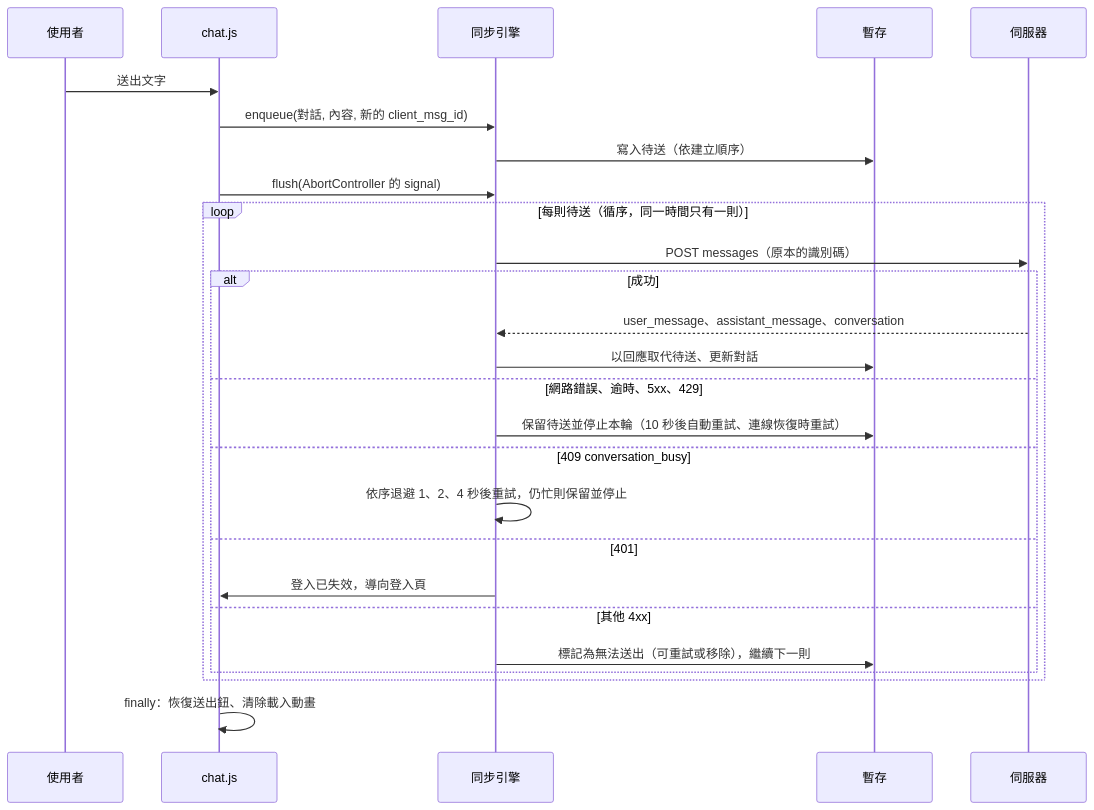
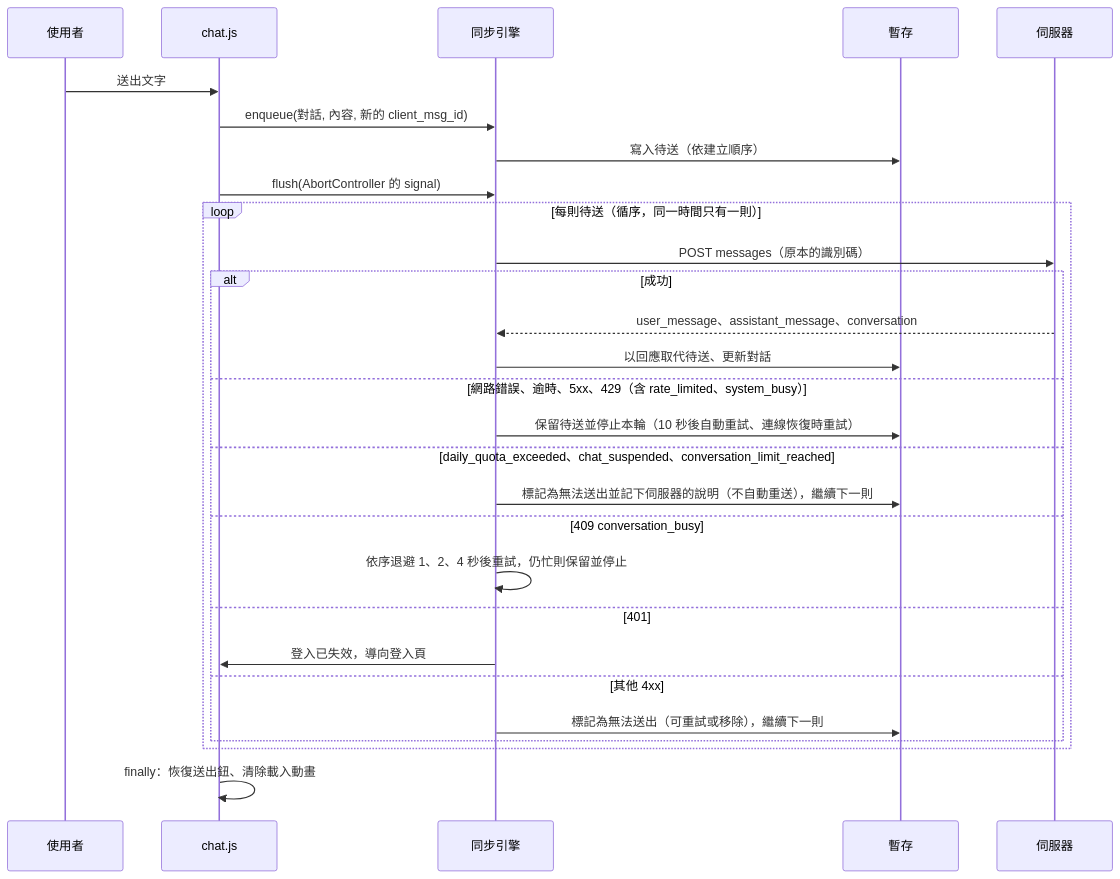
One commit to pp466pp466/R.A.C changed the fourth of 4 diagrams in docs/前端結構-frontend.md. Above: the diagram before and after it, drawn with Mermaid. The commit also changed other lines of this file and 60 other files, not shown here.

````diff
--- a/docs/前端結構-frontend.md
+++ b/docs/前端結構-frontend.md
@@ -67,29 +71,31 @@
 ```mermaid
 sequenceDiagram
     participant U as 使用者
     participant V as chat.js
     participant Sy as 同步引擎
     participant St as 暫存
     participant Sv as 伺服器
 
     U->>V: 送出文字
     V->>Sy: enqueue(對話, 內容, 新的 client_msg_id)
     Sy->>St: 寫入待送（依建立順序）
     V->>Sy: flush(AbortController 的 signal)
     loop 每則待送（循序，同一時間只有一則）
         Sy->>Sv: POST messages（原本的識別碼）
         alt 成功
             Sv-->>Sy: user_message、assistant_message、conversation
             Sy->>St: 以回應取代待送、更新對話
-        else 網路錯誤、逾時、5xx、429
+        else 網路錯誤、逾時、5xx、429（含 rate_limited、system_busy）
             Sy->>St: 保留待送並停止本輪（10 秒後自動重試、連線恢復時重試）
+        else daily_quota_exceeded、chat_suspended、conversation_limit_reached
+            Sy->>St: 標記為無法送出並記下伺服器的說明（不自動重送），繼續下一則
         else 409 conversation_busy
             Sy->>Sy: 依序退避 1、2、4 秒後重試，仍忙則保留並停止
         else 401
             Sy->>V: 登入已失效，導向登入頁
         else 其他 4xx
             Sy->>St: 標記為無法送出（可重試或移除），繼續下一則
         end
     end
     V->>V: finally：恢復送出鈕、清除載入動畫
 ```
````
